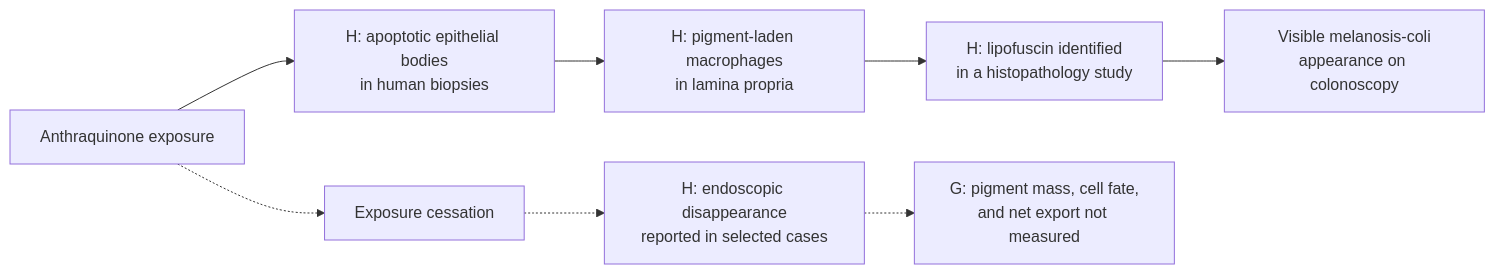
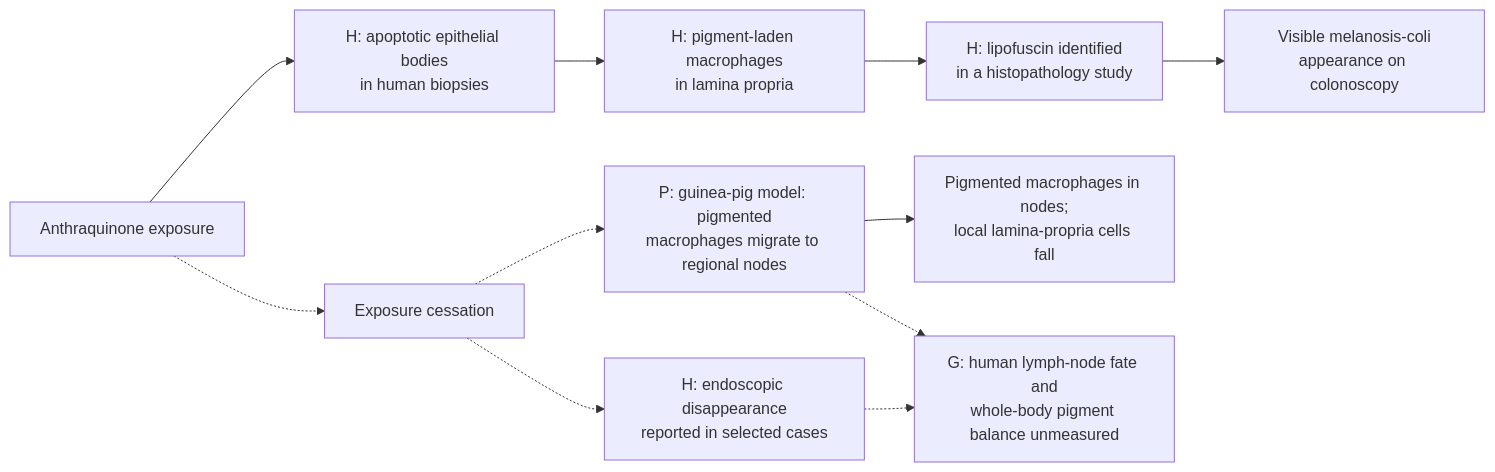
One commit to dylanstechmann/iris-color-without-contacts changed the fourth of 29 diagrams in research/tissue-pigment-atlas.md. Above: the diagram before and after it, drawn with Mermaid. The commit also changed other lines of this file, not shown here.

Commit message:
Add tissue-specific colon pigment export evidence

````diff
--- a/research/tissue-pigment-atlas.md
+++ b/research/tissue-pigment-atlas.md
@@ -119,10 +119,13 @@
 ```mermaid
 flowchart LR
     X["Anthraquinone exposure"] --> A["H: apoptotic epithelial bodies<br/>in human biopsies"]
     A --> M["H: pigment-laden macrophages<br/>in lamina propria"]
     M --> P["H: lipofuscin identified<br/>in a histopathology study"]
     P --> C["Visible melanosis-coli<br/>appearance on colonoscopy"]
     X -.-> S["Exposure cessation"]
+    S -.-> M2["P: guinea-pig model: pigmented<br/>macrophages migrate to regional nodes"]
+    M2 --> N["Pigmented macrophages in nodes;<br/>local lamina-propria cells fall"]
     S -.-> R["H: endoscopic disappearance<br/>reported in selected cases"]
-    R -.-> G["G: pigment mass, cell fate,<br/>and net export not measured"]
+    M2 -.-> G["G: human lymph-node fate and<br/>whole-body pigment balance unmeasured"]
+    R -.-> G
 ```
````
